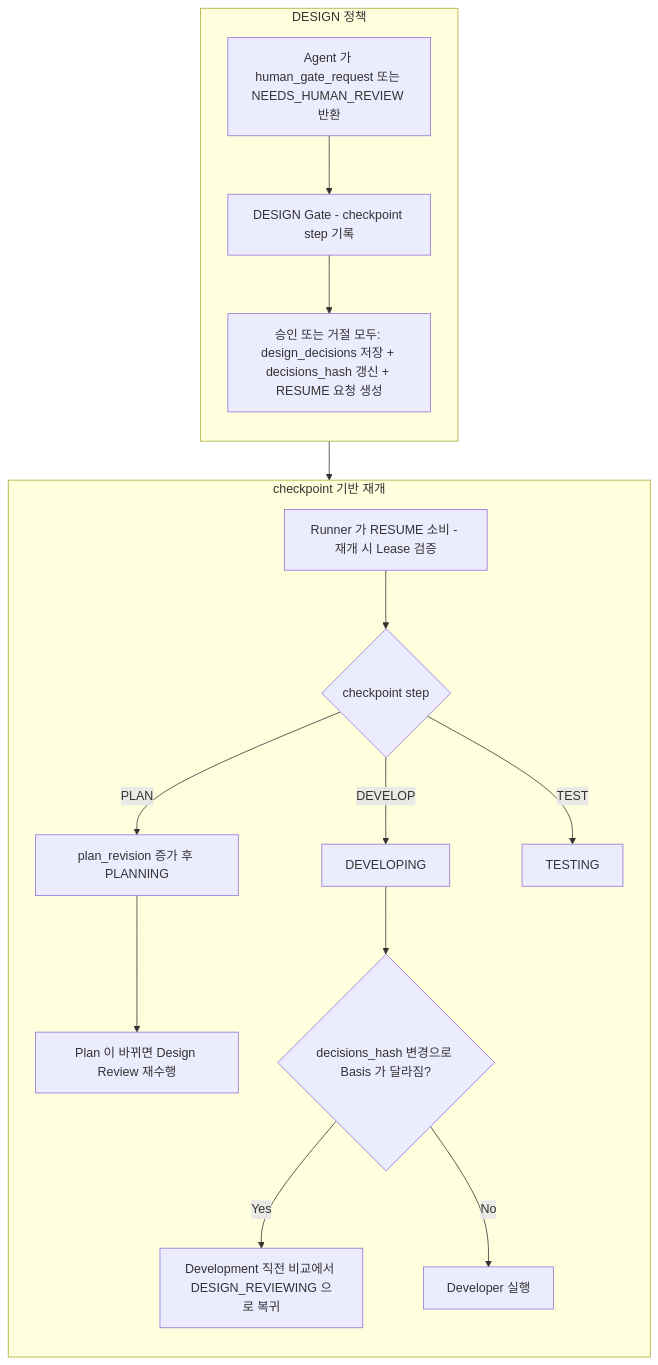
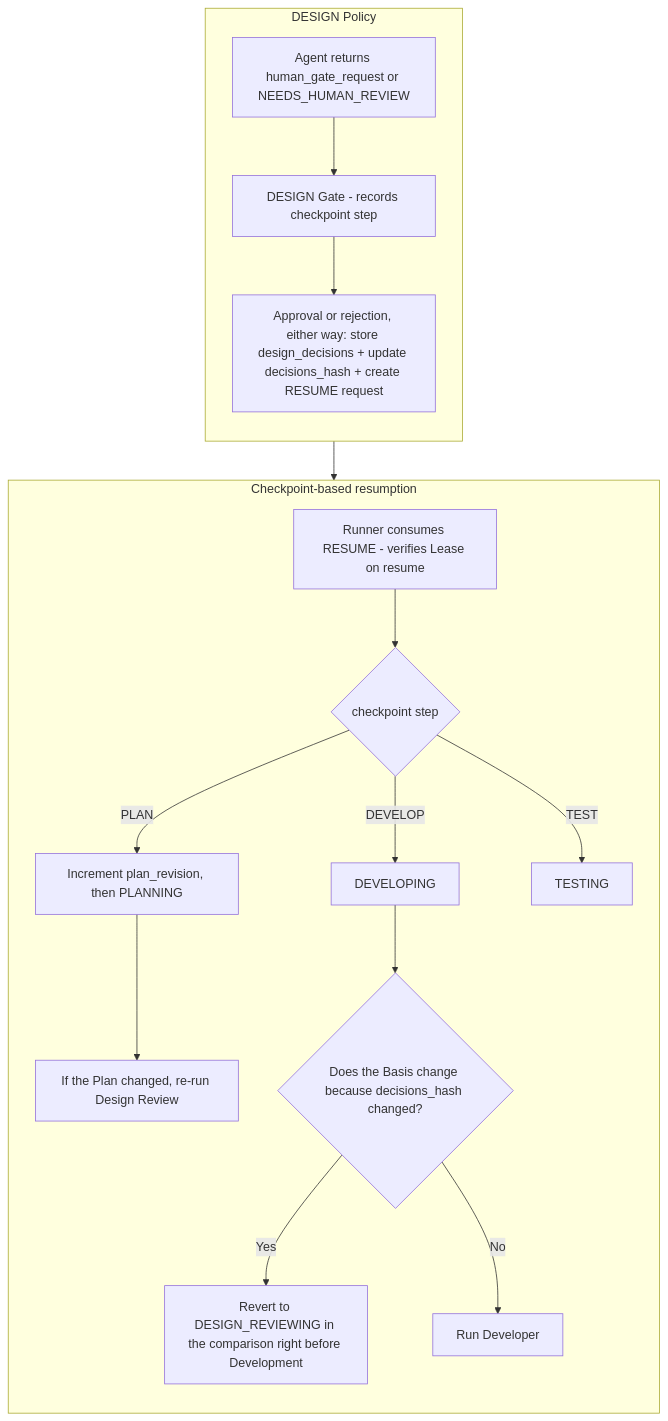
The second of 5 diagrams in docs/workflow/08-human-gate.md (mdgome/orchestra-ai), drawn with Mermaid before and after one commit. The commit also changed other lines of this file and 31 other files, not shown here.

````diff
--- a/docs/workflow/08-human-gate.md
+++ b/docs/workflow/08-human-gate.md
@@ -81,22 +83,22 @@
 ```mermaid
 flowchart TD
-    subgraph POLICY["DESIGN 정책"]
+    subgraph POLICY["DESIGN Policy"]
         direction TB
-        A["Agent 가 human_gate_request 또는 NEEDS_HUMAN_REVIEW 반환"] --> B["DESIGN Gate - checkpoint step 기록"]
-        B --> D["승인 또는 거절 모두: design_decisions 저장 + decisions_hash 갱신 + RESUME 요청 생성"]
+        A["Agent returns human_gate_request or NEEDS_HUMAN_REVIEW"] --> B["DESIGN Gate - records checkpoint step"]
+        B --> D["Approval or rejection, either way: store design_decisions + update decisions_hash + create RESUME request"]
     end
 
-    subgraph RESUMEZ["checkpoint 기반 재개"]
+    subgraph RESUMEZ["Checkpoint-based resumption"]
         direction TB
-        E["Runner 가 RESUME 소비 - 재개 시 Lease 검증"] --> F{"checkpoint step"}
-        F -->|"PLAN"| G["plan_revision 증가 후 PLANNING"]
+        E["Runner consumes RESUME - verifies Lease on resume"] --> F{"checkpoint step"}
+        F -->|"PLAN"| G["Increment plan_revision, then PLANNING"]
         F -->|"DEVELOP"| H["DEVELOPING"]
         F -->|"TEST"| I["TESTING"]
-        G --> J["Plan 이 바뀌면 Design Review 재수행"]
-        H --> K{"decisions_hash 변경으로 Basis 가 달라짐?"}
-        K -->|"Yes"| L["Development 직전 비교에서 DESIGN_REVIEWING 으로 복귀"]
-        K -->|"No"| M["Developer 실행"]
+        G --> J["If the Plan changed, re-run Design Review"]
+        H --> K{"Does the Basis change because decisions_hash changed?"}
+        K -->|"Yes"| L["Revert to DESIGN_REVIEWING in the comparison right before Development"]
+        K -->|"No"| M["Run Developer"]
     end
 
     D --> E
 ```
````
